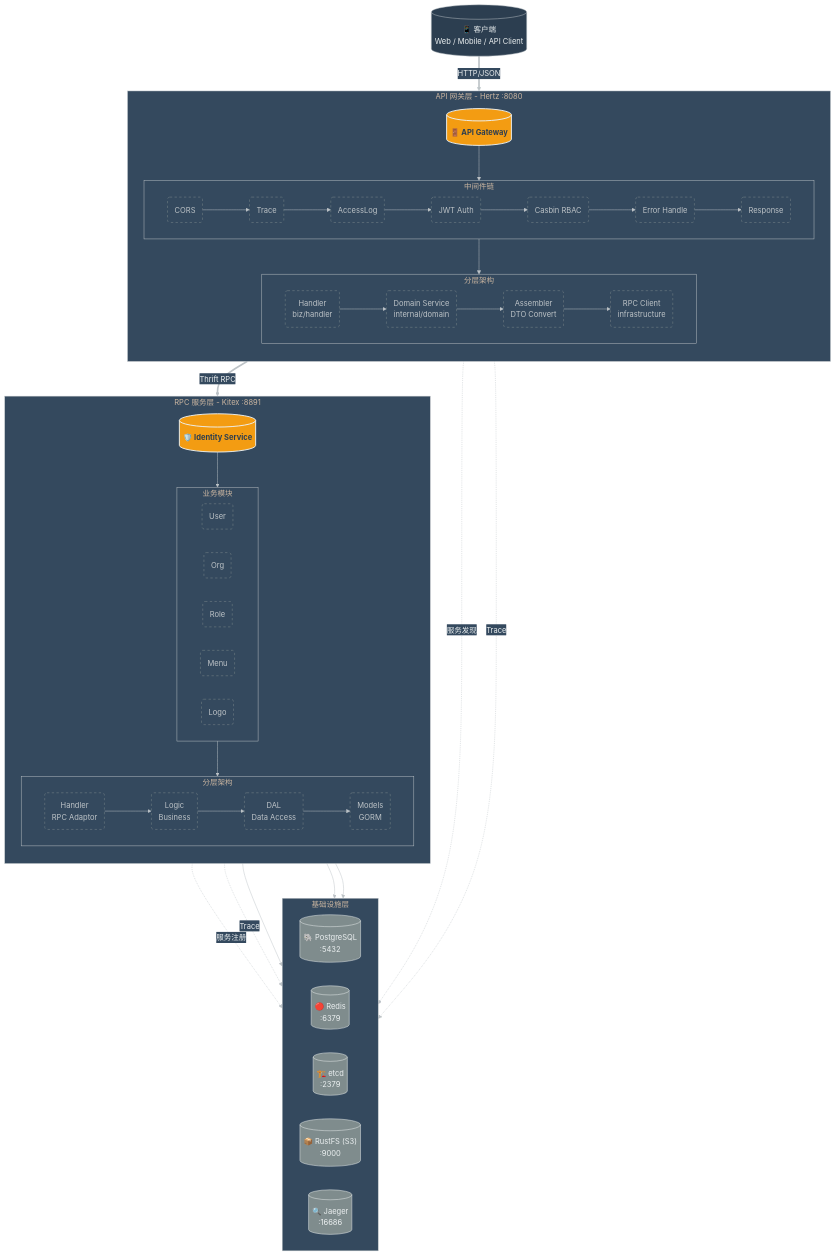
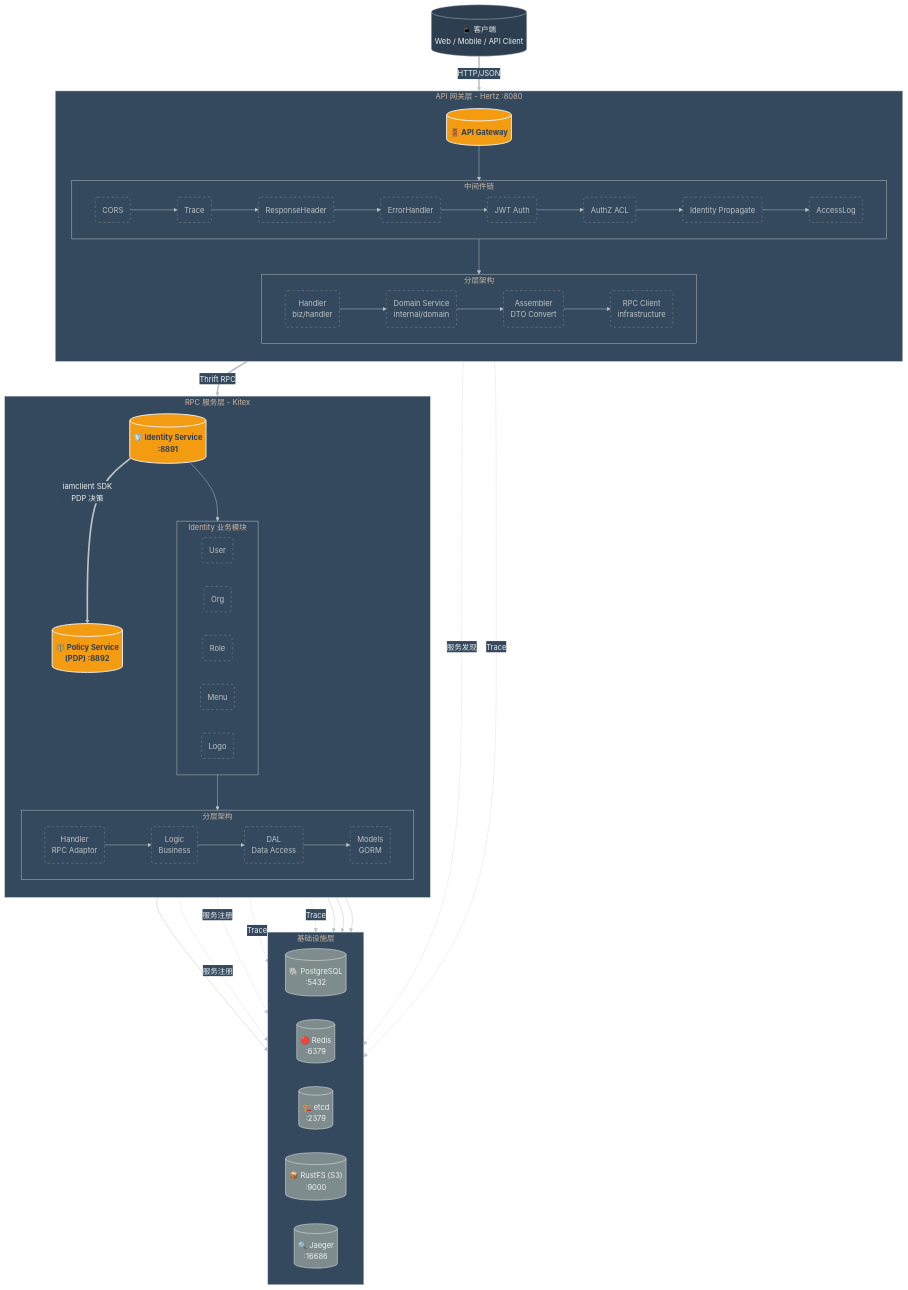
The diagram in README.md (masonsxu/cloudwego-microservice-demo), drawn with Mermaid before and after one commit. The commit also changed other lines of this file and 17 other files, not shown here.

````diff
--- a/README.md
+++ b/README.md
@@ -46,13 +46,14 @@
             direction LR
             MW_CORS(CORS):::sub
             MW_Trace(Trace):::sub
+            MW_Resp(ResponseHeader):::sub
+            MW_Error(ErrorHandler):::sub
+            MW_JWT(JWT Auth):::sub
+            MW_AuthZ(AuthZ ACL):::sub
+            MW_IDProp(Identity Propagate):::sub
             MW_Log(AccessLog):::sub
-            MW_JWT(JWT Auth):::sub
-            MW_Casbin(Casbin RBAC):::sub
-            MW_Error(Error Handle):::sub
-            MW_Resp(Response):::sub
             
-            MW_CORS --> MW_Trace --> MW_Log --> MW_JWT --> MW_Casbin --> MW_Error --> MW_Resp
+            MW_CORS --> MW_Trace --> MW_Resp --> MW_Error --> MW_JWT --> MW_AuthZ --> MW_IDProp --> MW_Log
         end
         
         subgraph GW_Components [分层架构]
@@ -67,11 +68,12 @@
     end
 
     %% RPC 服务层
-    subgraph RPC_Layer [RPC 服务层 - Kitex :8891]
+    subgraph RPC_Layer [RPC 服务层 - Kitex]
         direction TB
-        IdentitySRV[("🛡️ Identity Service")]:::highlight
+        IdentitySRV[("🛡️ Identity Service<br/>:8891")]:::highlight
+        PolicySRV[("⚖️ Policy Service<br/>(PDP) :8892")]:::highlight
         
-        subgraph Modules [业务模块]
+        subgraph Modules [Identity 业务模块]
             direction LR
             Mod_User(User):::sub
             Mod_Org(Org):::sub
@@ -109,14 +111,18 @@
     
     IdentitySRV --> Modules
     Modules --> RPC_Components
+    IdentitySRV ==>|iamclient SDK<br/>PDP 决策| PolicySRV
     
     RPC_Components --> DB
     RPC_Components --> Redis
     RPC_Components --> S3
+    PolicySRV --> DB
     
     Gateway -.->|服务发现| Etcd
     IdentitySRV -.->|服务注册| Etcd
+    PolicySRV -.->|服务注册| Etcd
     
     Gateway -.->|Trace| Jaeger
     IdentitySRV -.->|Trace| Jaeger
+    PolicySRV -.->|Trace| Jaeger
 ```
````
